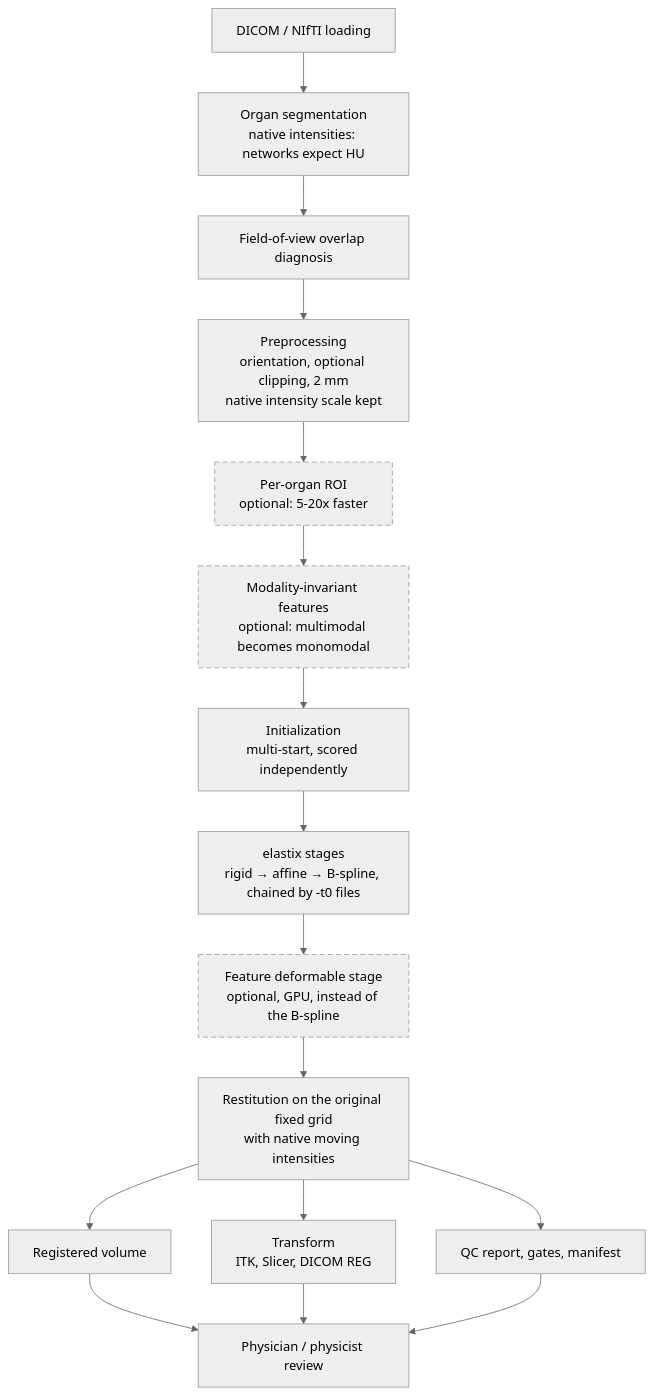
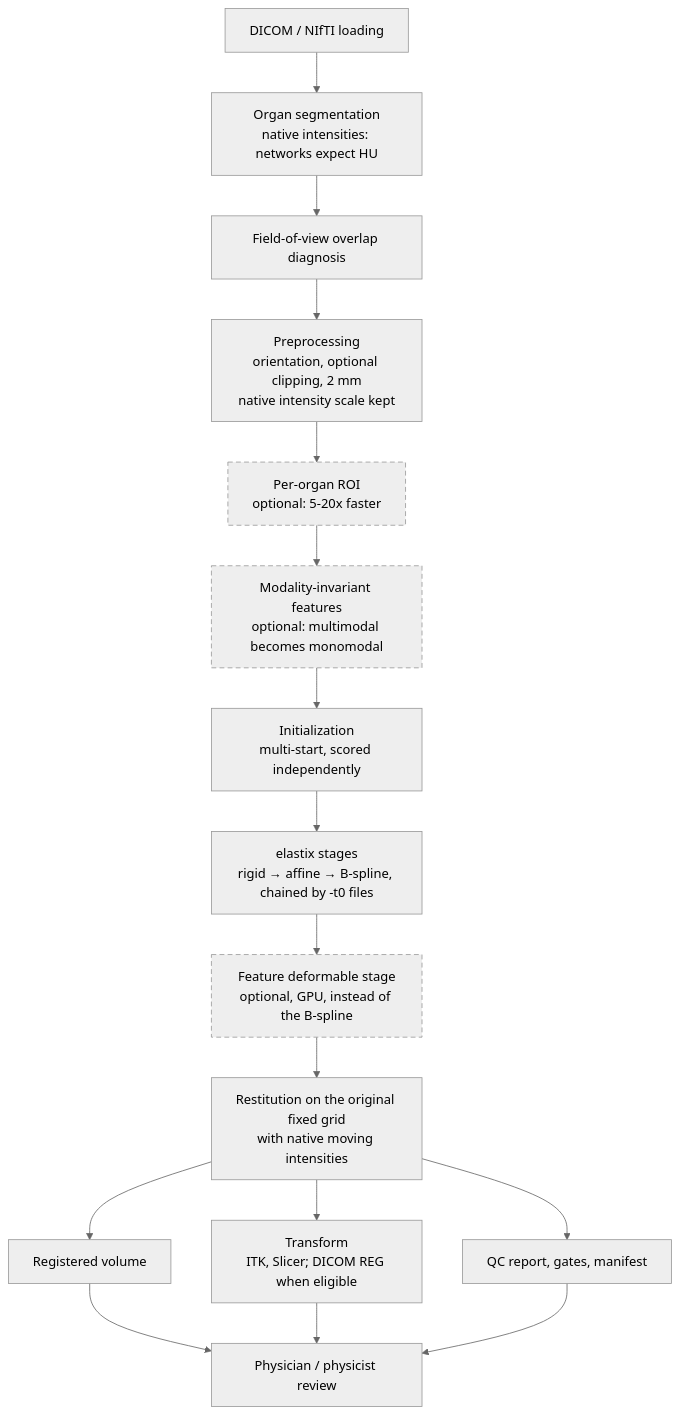
One commit to Thibescobar/regix changed the diagram in README.md. Above: the diagram before and after it, drawn with Mermaid (neutral theme). The commit also changed other lines of this file, not shown here.

````diff
--- a/README.md
+++ b/README.md
@@ -257,29 +302,29 @@
 ```mermaid
 flowchart TD
     load["DICOM / NIfTI loading"]
     seg["Organ segmentation<br/>native intensities: networks expect HU"]
     fov["Field-of-view overlap diagnosis"]
     prep["Preprocessing<br/>orientation, optional clipping, 2 mm<br/>native intensity scale kept"]
     roi["Per-organ ROI<br/>optional: 5-20x faster"]
     feat["Modality-invariant features<br/>optional: multimodal becomes monomodal"]
     init["Initialization<br/>multi-start, scored independently"]
     elx["elastix stages<br/>rigid → affine → B-spline, chained by -t0 files"]
     adam["Feature deformable stage<br/>optional, GPU, instead of the B-spline"]
     rest["Restitution on the original fixed grid<br/>with native moving intensities"]
 
     vol["Registered volume"]
-    tfm["Transform<br/>ITK, Slicer, DICOM REG"]
+    tfm["Transform<br/>ITK, Slicer; DICOM REG when eligible"]
     qc["QC report, gates, manifest"]
     review["Physician / physicist review"]
 
     load --> seg --> fov --> prep --> roi --> feat --> init --> elx --> adam --> rest
     rest --> vol
     rest --> tfm
     rest --> qc
     vol --> review
     tfm --> review
     qc --> review
 
     classDef optional stroke-dasharray: 6 4
     class roi,feat,adam optional
 ```
````
